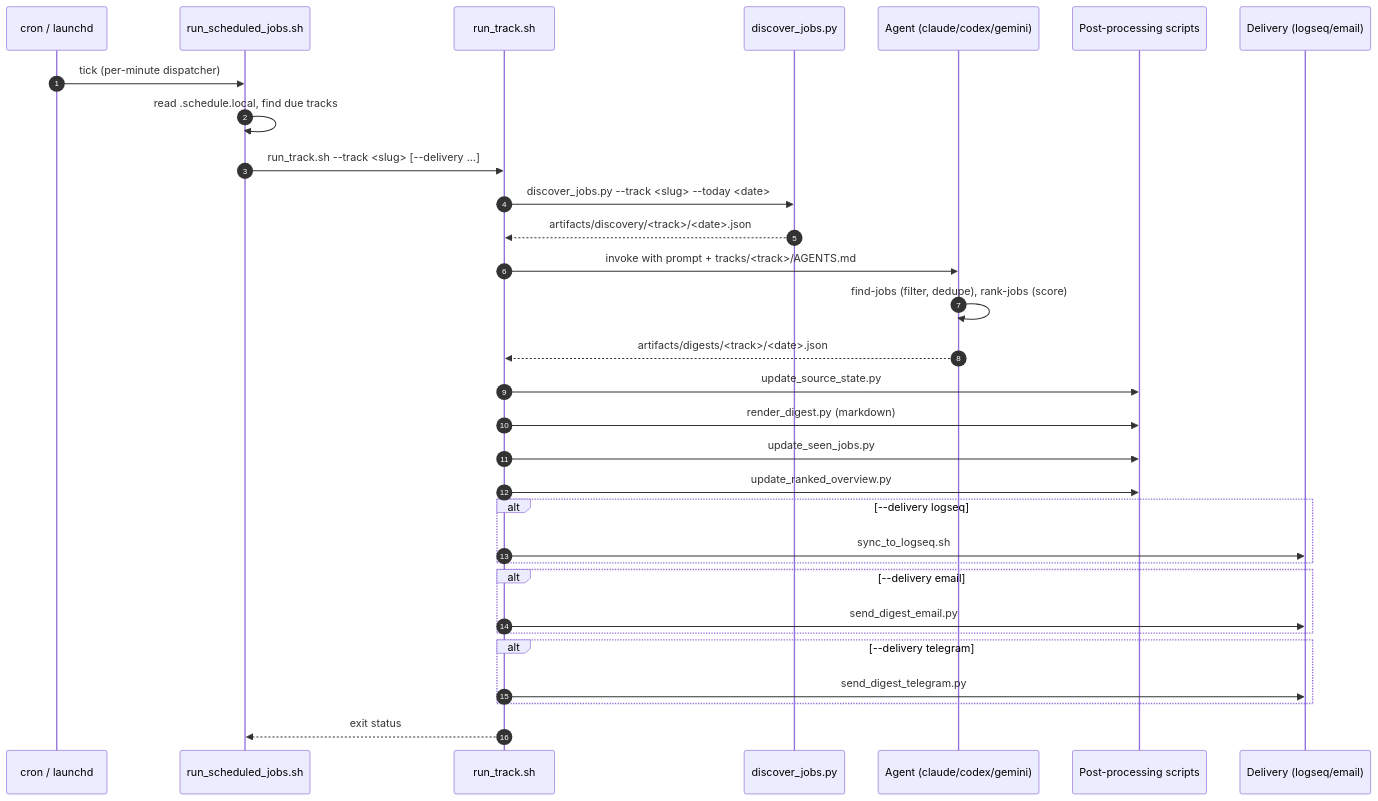
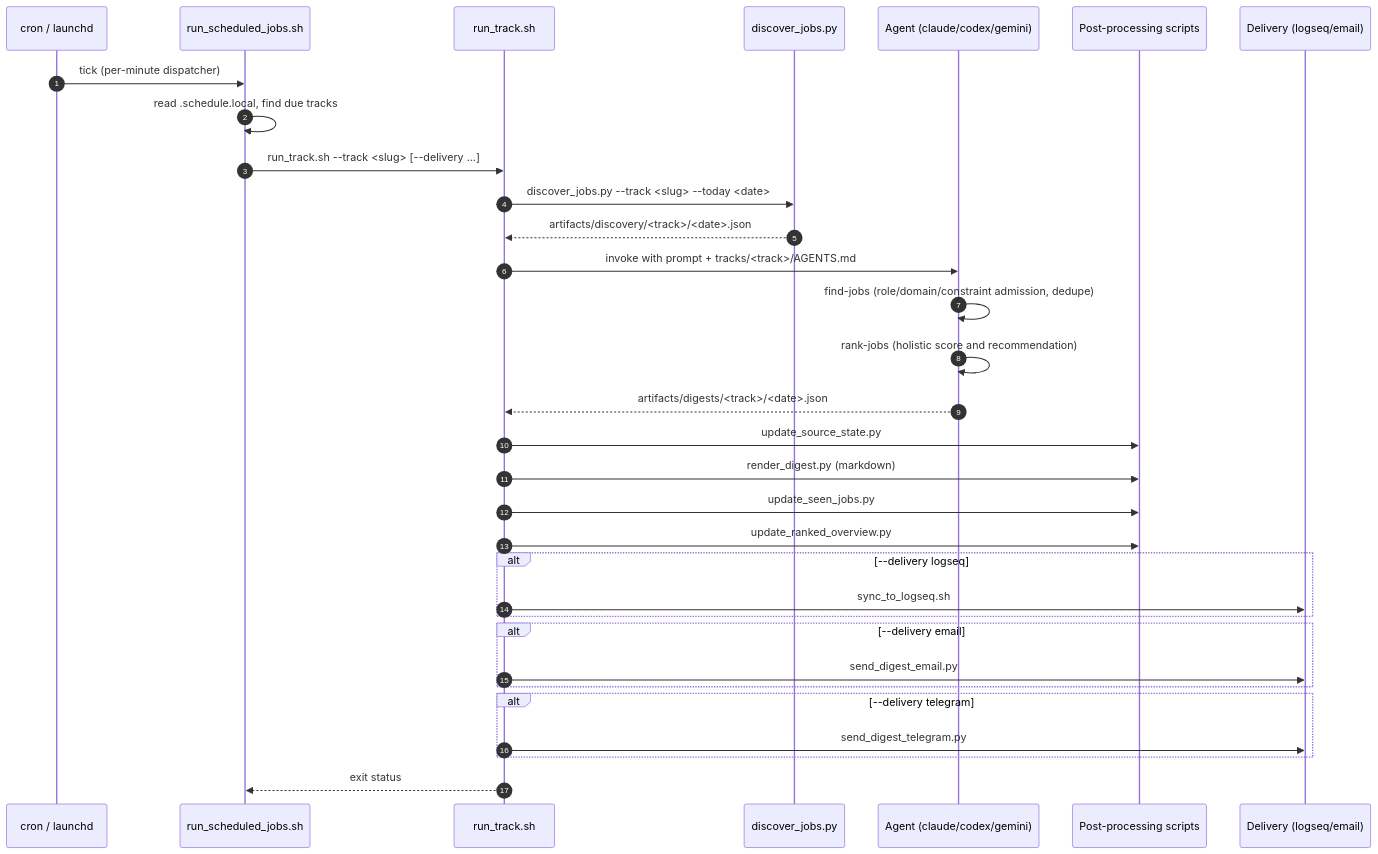
One commit to jvdheyden/jobwatch changed the fourth of 5 diagrams in docs/architecture.md. Above: the diagram before and after it, drawn with Mermaid. The commit also changed other lines of this file and 49 other files, not shown here.

````diff
--- a/docs/architecture.md
+++ b/docs/architecture.md
@@ -203,34 +235,35 @@
 ```mermaid
 sequenceDiagram
   autonumber
   participant Cron as cron / launchd
   participant Sched as run_scheduled_jobs.sh
   participant Track as run_track.sh
   participant Disc as discover_jobs.py
   participant Agent as Agent (claude/codex/gemini)
   participant Post as Post-processing scripts
   participant Deliv as Delivery (logseq/email)
 
   Cron->>Sched: tick (per-minute dispatcher)
   Sched->>Sched: read .schedule.local, find due tracks
   Sched->>Track: run_track.sh --track <slug> [--delivery ...]
   Track->>Disc: discover_jobs.py --track <slug> --today <date>
   Disc-->>Track: artifacts/discovery/<track>/<date>.json
   Track->>Agent: invoke with prompt + tracks/<track>/AGENTS.md
-  Agent->>Agent: find-jobs (filter, dedupe), rank-jobs (score)
+  Agent->>Agent: find-jobs (role/domain/constraint admission, dedupe)
+  Agent->>Agent: rank-jobs (holistic score and recommendation)
   Agent-->>Track: artifacts/digests/<track>/<date>.json
   Track->>Post: update_source_state.py
   Track->>Post: render_digest.py (markdown)
   Track->>Post: update_seen_jobs.py
   Track->>Post: update_ranked_overview.py
   alt --delivery logseq
     Track->>Deliv: sync_to_logseq.sh
   end
   alt --delivery email
     Track->>Deliv: send_digest_email.py
   end
   alt --delivery telegram
     Track->>Deliv: send_digest_telegram.py
   end
   Track-->>Sched: exit status
 ```
````
